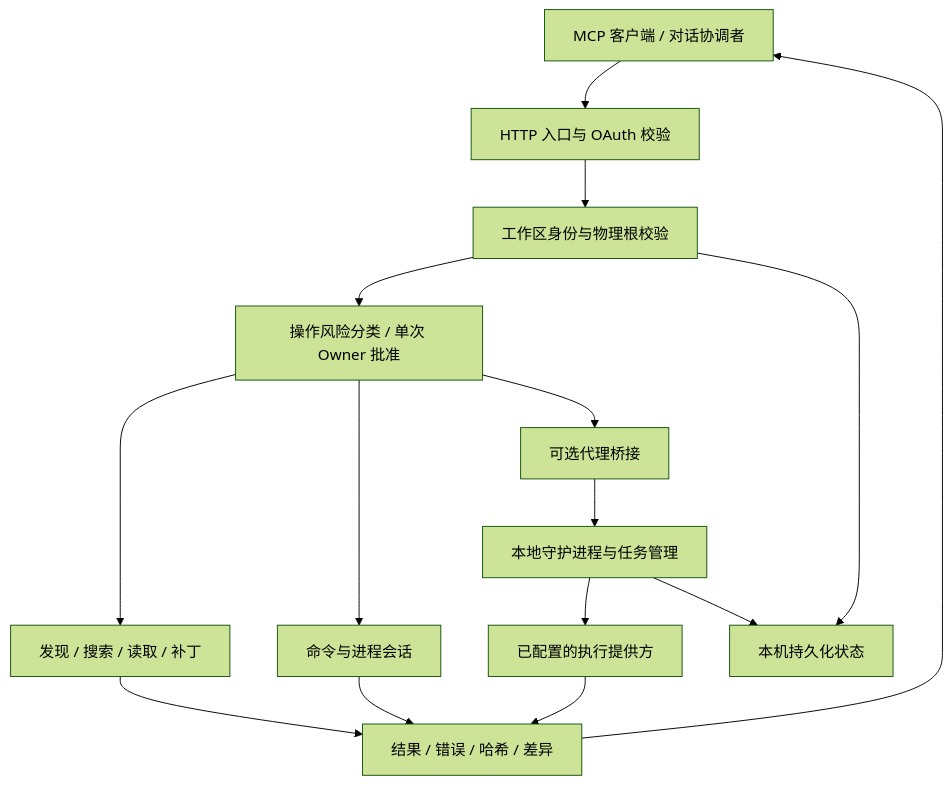
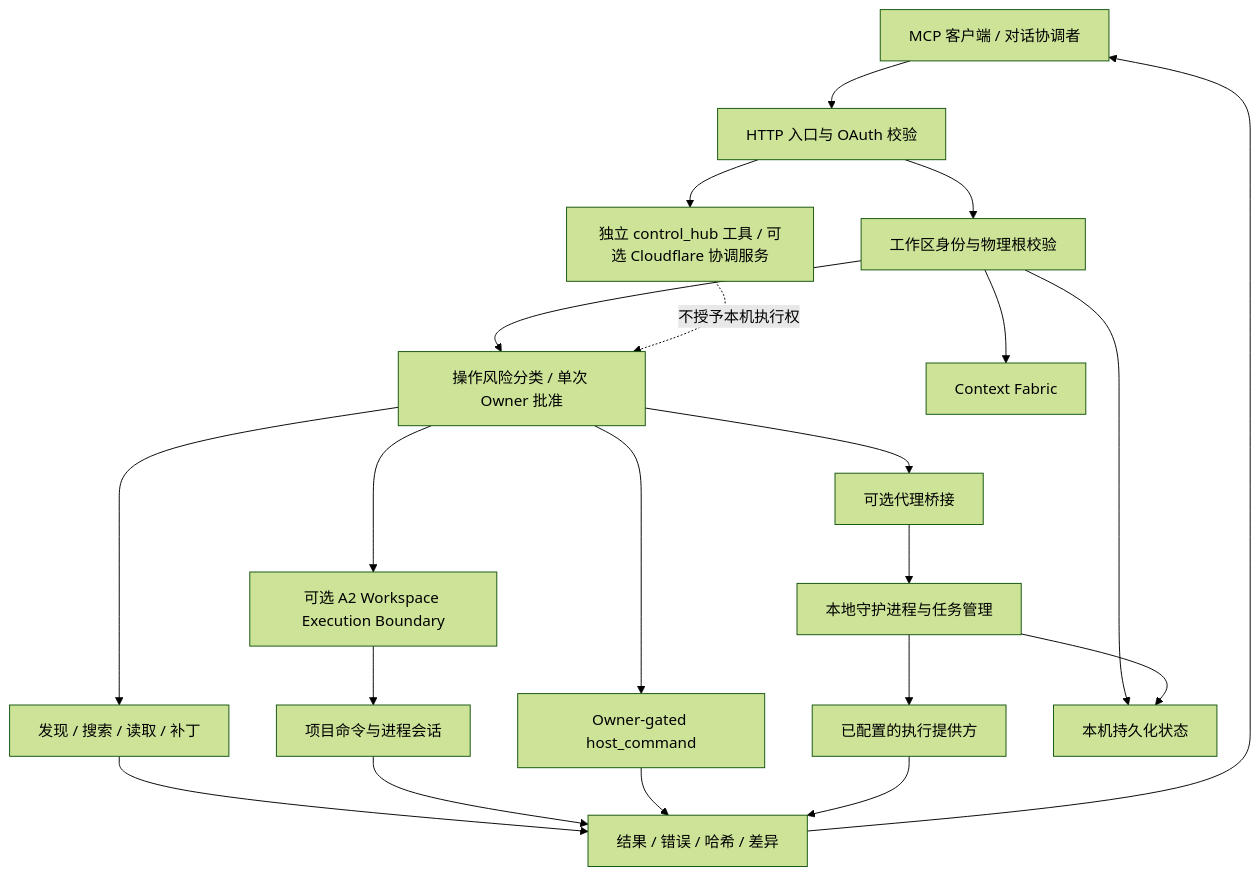
Before and after one commit to lwher200-arch/devspace-personal: the diagram in README.md, drawn with Mermaid (forest theme). The commit also changed other lines of this file and 113 other files, not shown here.

````diff
--- a/README.md
+++ b/README.md
@@ -82,17 +119,23 @@
 ```mermaid
 flowchart TD
     Client["MCP 客户端 / 对话协调者"] --> Entry["HTTP 入口与 OAuth 校验"]
     Entry --> Workspace["工作区身份与物理根校验"]
     Workspace --> Policy["操作风险分类 / 单次 Owner 批准"]
     Policy --> Files["发现 / 搜索 / 读取 / 补丁"]
-    Policy --> Commands["命令与进程会话"]
+    Policy --> Boundary["可选 A2 Workspace Execution Boundary"]
+    Boundary --> Commands["项目命令与进程会话"]
+    Policy --> Host["Owner-gated host_command"]
     Policy --> Bridge["可选代理桥接"]
     Bridge --> Daemon["本地守护进程与任务管理"]
     Daemon --> Provider["已配置的执行提供方"]
+    Workspace --> Context["Context Fabric"]
+    Entry --> Cloud["独立 control_hub 工具 / 可选 Cloudflare 协调服务"]
+    Cloud -. "不授予本机执行权" .-> Policy
     Workspace --> State["本机持久化状态"]
     Daemon --> State
     Files --> Result["结果 / 错误 / 哈希 / 差异"]
     Commands --> Result
+    Host --> Result
     Provider --> Result
     Result --> Client
 ```
````
